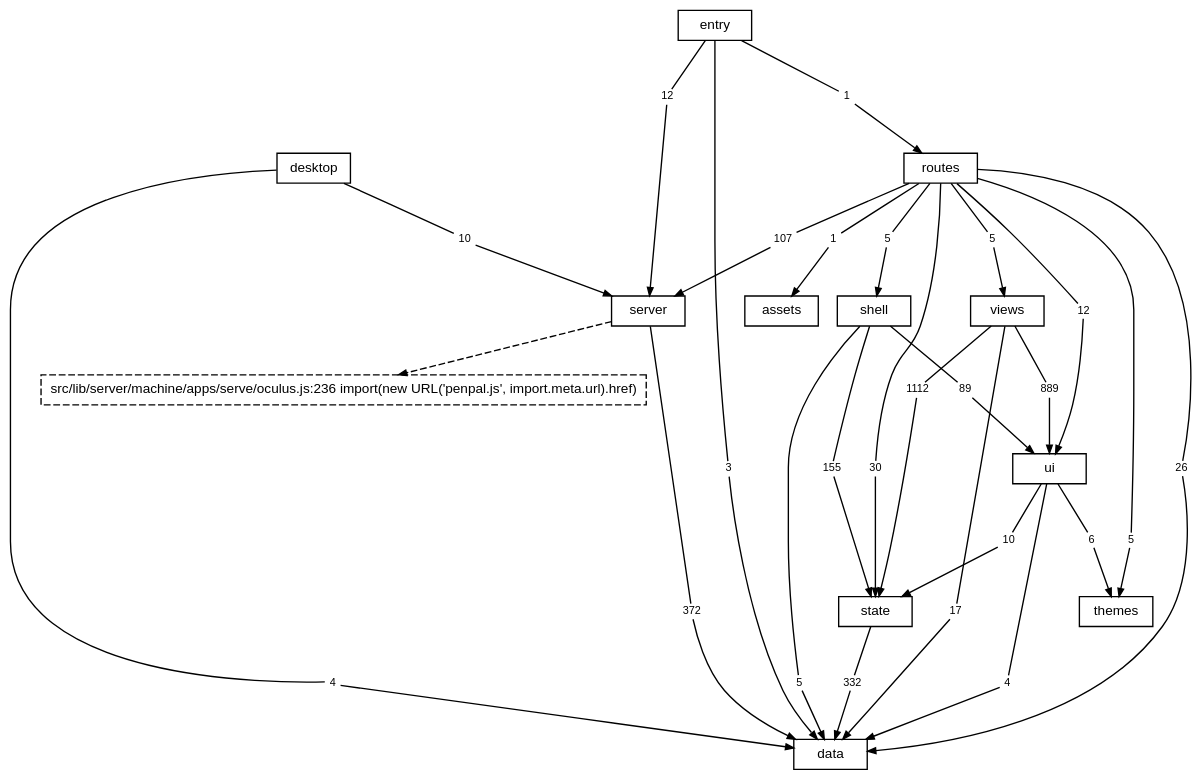
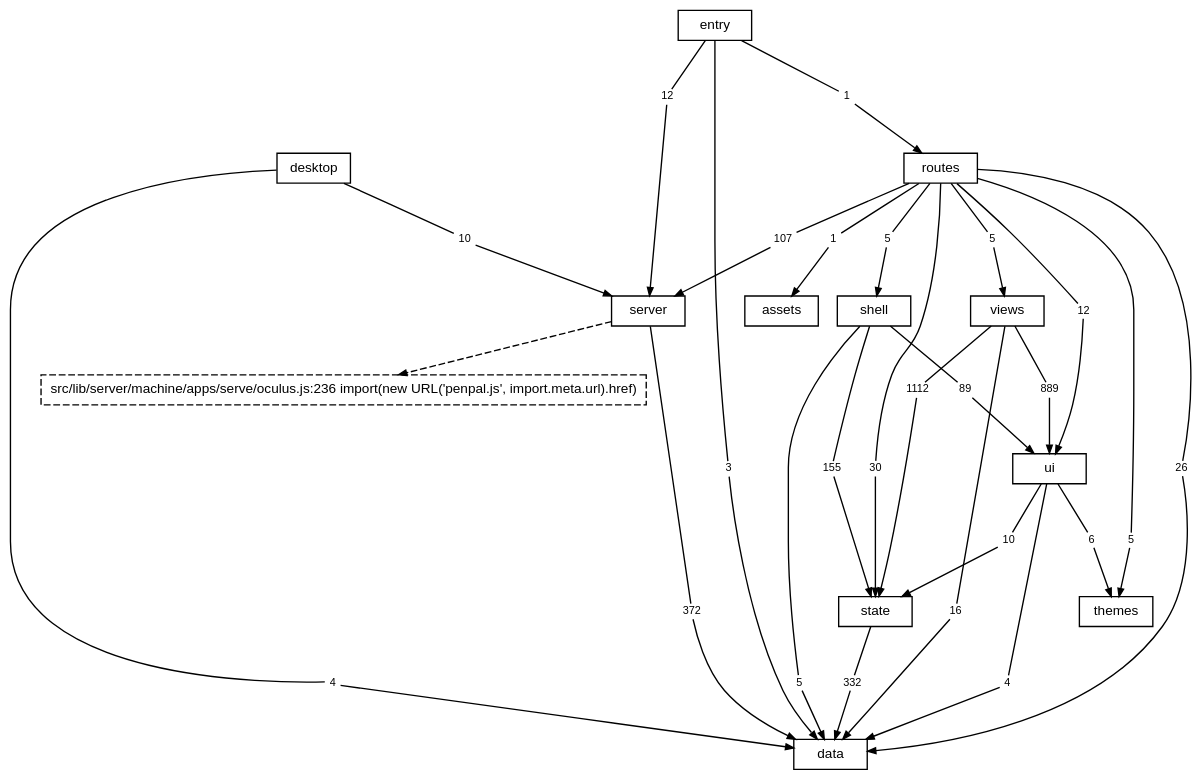
Before and after one commit to TheAxeC/oculus: the diagram in docs/diagrams/layers.dot, drawn with Graphviz. The commit also changed 24 other files, not shown here.

```diff
--- a/docs/diagrams/layers.dot
+++ b/docs/diagrams/layers.dot
@@ -1,90 +1,90 @@
 digraph layers {
     graph [bgcolor="transparent", rankdir=TB, newrank=true, fontname="Helvetica,Arial,sans-serif", fontsize=12, nodesep=0.2, ranksep=0.5];
     node [shape=box, color="black", fontcolor="black", fontname="Helvetica,Arial,sans-serif", fontsize=10, height=0.3, margin="0.12,0.04"];
     edge [color="black", fontcolor="black", fontname="Helvetica,Arial,sans-serif", fontsize=8, arrowsize=0.6];
     "data";
     "server";
     "state";
     "ui";
     "shell";
     "views";
     "themes";
     "routes";
     "desktop";
     "src" [label="entry"];
     "files: assets" [label="assets"];
     "? src/lib/server/machine/apps/serve/oculus.js:236" [label="src/lib/server/machine/apps/serve/oculus.js:236 import(new URL('penpal.js', import.meta.url).href)", style=dashed];
     "desktop to data" [label="4", shape=box, color="transparent", fontsize=8, width=0, height=0, margin="0.04,0.02"];
     "desktop" -> "desktop to data" [arrowhead=none];
     "desktop to data" -> "data" [];
     "desktop to server" [label="10", shape=box, color="transparent", fontsize=8, width=0, height=0, margin="0.04,0.02"];
     "desktop" -> "desktop to server" [arrowhead=none];
     "desktop to server" -> "server" [];
     "routes to data" [label="26", shape=box, color="transparent", fontsize=8, width=0, height=0, margin="0.04,0.02"];
     "routes" -> "routes to data" [arrowhead=none];
     "routes to data" -> "data" [];
     "routes to files: assets" [label="1", shape=box, color="transparent", fontsize=8, width=0, height=0, margin="0.04,0.02"];
     "routes" -> "routes to files: assets" [arrowhead=none];
     "routes to files: assets" -> "files: assets" [];
     "routes to server" [label="107", shape=box, color="transparent", fontsize=8, width=0, height=0, margin="0.04,0.02"];
     "routes" -> "routes to server" [arrowhead=none];
     "routes to server" -> "server" [];
     "routes to shell" [label="5", shape=box, color="transparent", fontsize=8, width=0, height=0, margin="0.04,0.02"];
     "routes" -> "routes to shell" [arrowhead=none];
     "routes to shell" -> "shell" [];
     "routes to state" [label="30", shape=box, color="transparent", fontsize=8, width=0, height=0, margin="0.04,0.02"];
     "routes" -> "routes to state" [arrowhead=none];
     "routes to state" -> "state" [];
     "routes to themes" [label="5", shape=box, color="transparent", fontsize=8, width=0, height=0, margin="0.04,0.02"];
     "routes" -> "routes to themes" [arrowhead=none];
     "routes to themes" -> "themes" [];
     "routes to ui" [label="12", shape=box, color="transparent", fontsize=8, width=0, height=0, margin="0.04,0.02"];
     "routes" -> "routes to ui" [arrowhead=none];
     "routes to ui" -> "ui" [];
     "routes to views" [label="5", shape=box, color="transparent", fontsize=8, width=0, height=0, margin="0.04,0.02"];
     "routes" -> "routes to views" [arrowhead=none];
     "routes to views" -> "views" [];
     "server to data" [label="372", shape=box, color="transparent", fontsize=8, width=0, height=0, margin="0.04,0.02"];
     "server" -> "server to data" [arrowhead=none];
     "server to data" -> "data" [];
     "shell to data" [label="5", shape=box, color="transparent", fontsize=8, width=0, height=0, margin="0.04,0.02"];
     "shell" -> "shell to data" [arrowhead=none];
     "shell to data" -> "data" [];
     "shell to state" [label="155", shape=box, color="transparent", fontsize=8, width=0, height=0, margin="0.04,0.02"];
     "shell" -> "shell to state" [arrowhead=none];
     "shell to state" -> "state" [];
     "shell to ui" [label="89", shape=box, color="transparent", fontsize=8, width=0, height=0, margin="0.04,0.02"];
     "shell" -> "shell to ui" [arrowhead=none];
     "shell to ui" -> "ui" [];
     "src to data" [label="3", shape=box, color="transparent", fontsize=8, width=0, height=0, margin="0.04,0.02"];
     "src" -> "src to data" [arrowhead=none];
     "src to data" -> "data" [];
     "src to routes" [label="1", shape=box, color="transparent", fontsize=8, width=0, height=0, margin="0.04,0.02"];
     "src" -> "src to routes" [arrowhead=none];
     "src to routes" -> "routes" [];
     "src to server" [label="12", shape=box, color="transparent", fontsize=8, width=0, height=0, margin="0.04,0.02"];
     "src" -> "src to server" [arrowhead=none];
     "src to server" -> "server" [];
     "state to data" [label="332", shape=box, color="transparent", fontsize=8, width=0, height=0, margin="0.04,0.02"];
     "state" -> "state to data" [arrowhead=none];
     "state to data" -> "data" [];
     "ui to data" [label="4", shape=box, color="transparent", fontsize=8, width=0, height=0, margin="0.04,0.02"];
     "ui" -> "ui to data" [arrowhead=none];
     "ui to data" -> "data" [];
     "ui to state" [label="10", shape=box, color="transparent", fontsize=8, width=0, height=0, margin="0.04,0.02"];
     "ui" -> "ui to state" [arrowhead=none];
     "ui to state" -> "state" [];
     "ui to themes" [label="6", shape=box, color="transparent", fontsize=8, width=0, height=0, margin="0.04,0.02"];
     "ui" -> "ui to themes" [arrowhead=none];
     "ui to themes" -> "themes" [];
-    "views to data" [label="17", shape=box, color="transparent", fontsize=8, width=0, height=0, margin="0.04,0.02"];
+    "views to data" [label="16", shape=box, color="transparent", fontsize=8, width=0, height=0, margin="0.04,0.02"];
     "views" -> "views to data" [arrowhead=none];
     "views to data" -> "data" [];
     "views to state" [label="1112", shape=box, color="transparent", fontsize=8, width=0, height=0, margin="0.04,0.02"];
     "views" -> "views to state" [arrowhead=none];
     "views to state" -> "state" [];
     "views to ui" [label="889", shape=box, color="transparent", fontsize=8, width=0, height=0, margin="0.04,0.02"];
     "views" -> "views to ui" [arrowhead=none];
     "views to ui" -> "ui" [];
     "server" -> "? src/lib/server/machine/apps/serve/oculus.js:236" [style=dashed];
 }
```
